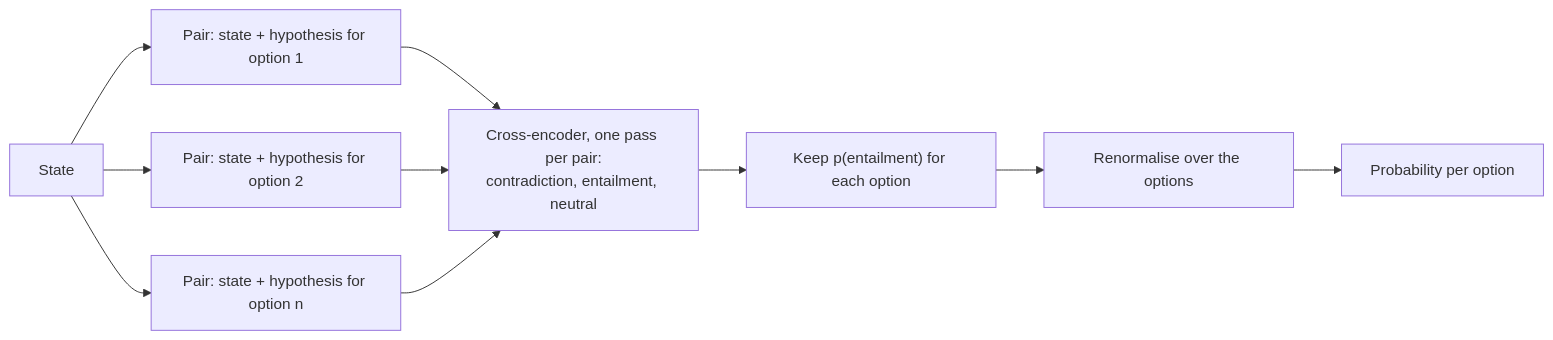
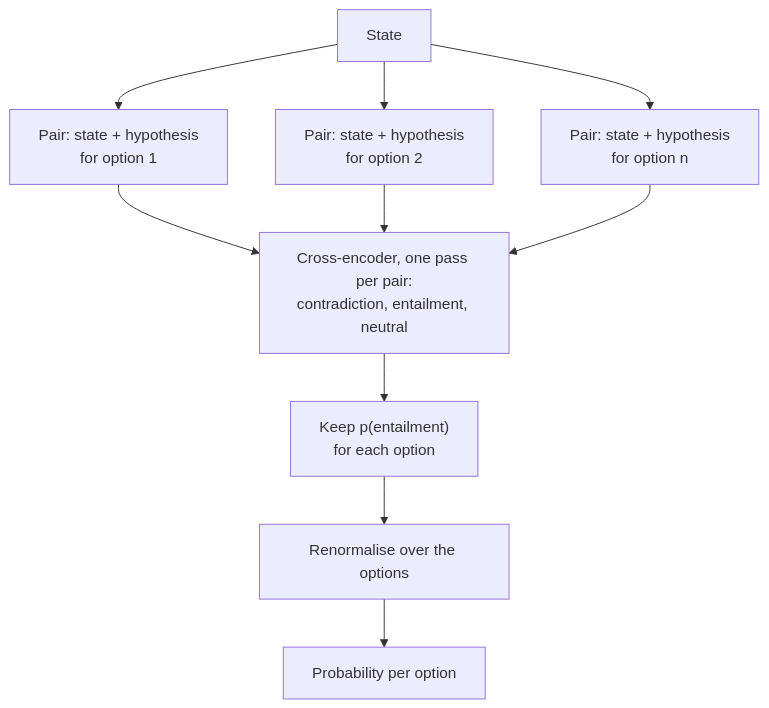
Before and after one commit to fontlaborg/ornotto: the sixth of 7 diagrams in src_docs/md/03-engines.md, drawn with Mermaid. The commit also changed other lines of this file and 10 other files, not shown here.

Commit message:
Make the diagrams legible and match the theme

````diff
--- a/src_docs/md/03-engines.md
+++ b/src_docs/md/03-engines.md
@@ -261,12 +266,13 @@
 ```mermaid
-flowchart LR
-    S["State"] --> P1["Pair: state + hypothesis for option 1"]
-    S --> P2["Pair: state + hypothesis for option 2"]
-    S --> Pn["Pair: state + hypothesis for option n"]
+%%{init: {"flowchart": {"useMaxWidth": false}}}%%
+flowchart TD
+    S["State"] --> P1["Pair: state + hypothesis<br>for option 1"]
+    S --> P2["Pair: state + hypothesis<br>for option 2"]
+    S --> Pn["Pair: state + hypothesis<br>for option n"]
     P1 --> C["Cross-encoder, one pass per pair:<br>contradiction, entailment, neutral"]
     P2 --> C
     Pn --> C
-    C --> E["Keep p(entailment) for each option"]
+    C --> E["Keep p(entailment)<br>for each option"]
     E --> N["Renormalise over the options"]
     N --> R["Probability per option"]
 ```
````
